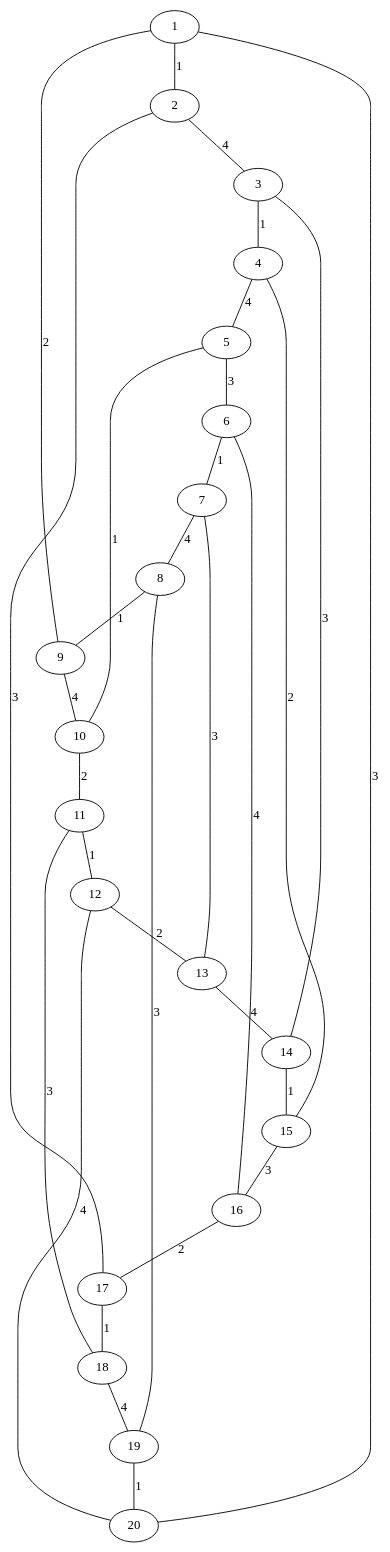
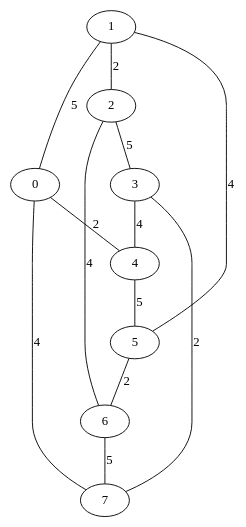
The diagram in solution.gv (andj97/Minimalno_bojenje_grana_grafa), drawn with Graphviz before and after one commit. The commit also changed 4 other files, not shown here.

```diff
--- a/solution.gv
+++ b/solution.gv
@@ -1,32 +1,14 @@
 graph G {
-	1 -- 2 [label=1]
-	2 -- 3 [label=4]
-	3 -- 4 [label=1]
-	4 -- 5 [label=4]
-	5 -- 6 [label=3]
-	6 -- 7 [label=1]
-	7 -- 8 [label=4]
-	8 -- 9 [label=1]
-	9 -- 10 [label=4]
-	10 -- 11 [label=2]
-	11 -- 12 [label=1]
-	12 -- 13 [label=2]
-	13 -- 14 [label=4]
-	14 -- 15 [label=1]
-	15 -- 16 [label=3]
-	16 -- 17 [label=2]
-	17 -- 18 [label=1]
-	18 -- 19 [label=4]
-	19 -- 20 [label=1]
-	20 -- 1 [label=3]
-	3 -- 14 [label=3]
-	4 -- 15 [label=2]
-	6 -- 16 [label=4]
-	7 -- 13 [label=3]
-	12 -- 20 [label=4]
-	8 -- 19 [label=3]
-	2 -- 17 [label=3]
-	11 -- 18 [label=3]
-	5 -- 10 [label=1]
-	1 -- 9 [label=2]
+	1 -- 0 [label=5]
+	1 -- 2 [label=2]
+	2 -- 3 [label=5]
+	3 -- 4 [label=4]
+	4 -- 5 [label=5]
+	5 -- 6 [label=2]
+	6 -- 7 [label=5]
+	0 -- 7 [label=4]
+	0 -- 4 [label=2]
+	3 -- 7 [label=2]
+	2 -- 6 [label=4]
+	1 -- 5 [label=4]
 }
```
